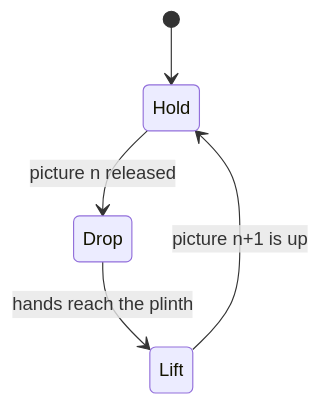
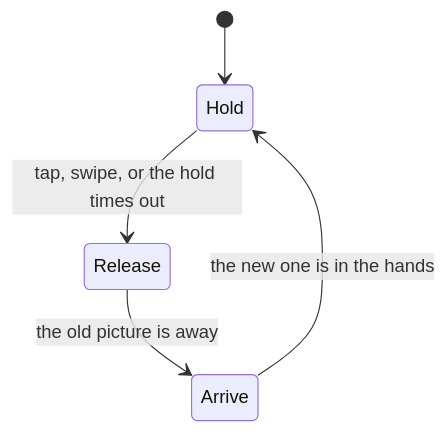
Before and after one commit to cnotv/generative-art: the diagram in documentation/docs/journey/picture-slideshow-drop-cycle.md, drawn with Mermaid. The commit also changed other lines of this file and 20 other files, not shown here.

First line of the commit message:
feat: change pictures sideways, by tap or swipe

````diff
--- a/documentation/docs/journey/picture-slideshow-drop-cycle.md
+++ b/documentation/docs/journey/picture-slideshow-drop-cycle.md
@@ -35,7 +36,7 @@
 ```mermaid
 stateDiagram-v2
     [*] --> Hold
-    Hold --> Drop: picture n released
-    Drop --> Lift: hands reach the plinth
-    Lift --> Hold: picture n+1 is up
+    Hold --> Release: tap, swipe, or the hold times out
+    Release --> Arrive: the old picture is away
+    Arrive --> Hold: the new one is in the hands
 ```
````
